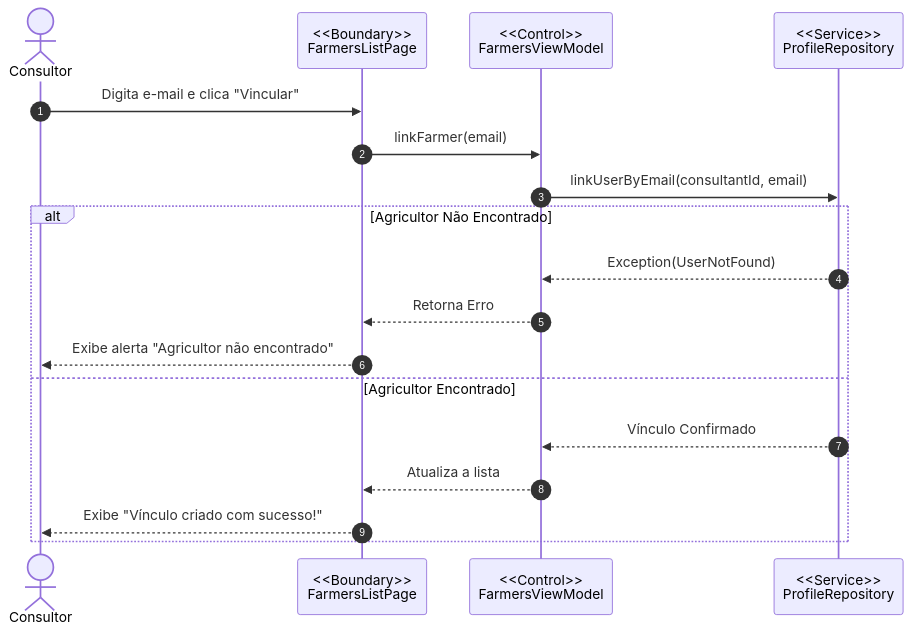
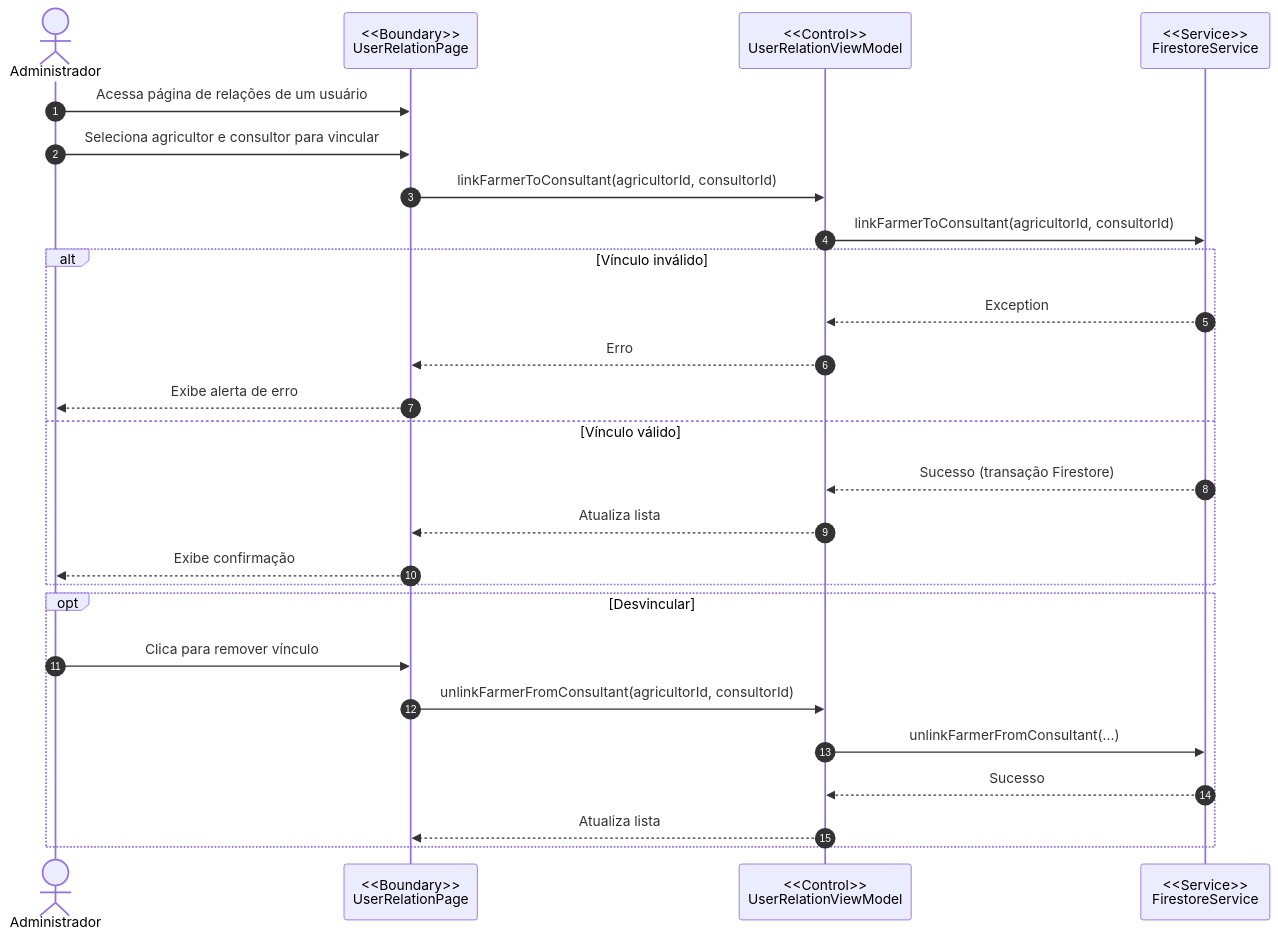
One commit to leandromesq/anasoil changed the fifth of 7 diagrams in docs/documentacao_anasoil.md. Above: the diagram before and after it, drawn with Mermaid. The commit also changed other lines of this file and 1 other file, not shown here.

Commit message:
Revise docs architecture and delete CI workflow

````diff
--- a/docs/documentacao_anasoil.md
+++ b/docs/documentacao_anasoil.md
@@ -210,22 +480,32 @@
 ```mermaid
 sequenceDiagram
     autonumber
-    actor C as Consultor
-    participant UI as <<Boundary>><br>FarmersListPage
-    participant VM as <<Control>><br>FarmersViewModel
-    participant Repo as <<Service>><br>ProfileRepository
+    actor Ad as Administrador
+    participant UI as <<Boundary>><br>UserRelationPage
+    participant VM as <<Control>><br>UserRelationViewModel
+    participant FS as <<Service>><br>FirestoreService
 
-    C->>UI: Digita e-mail e clica "Vincular"
-    UI->>VM: linkFarmer(email)
-    VM->>Repo: linkUserByEmail(consultantId, email)
+    Ad->>UI: Acessa página de relações de um usuário
+
+    Ad->>UI: Seleciona agricultor e consultor para vincular
+    UI->>VM: linkFarmerToConsultant(agricultorId, consultorId)
+    VM->>FS: linkFarmerToConsultant(agricultorId, consultorId)
     
-    alt Agricultor Não Encontrado
-        Repo-->>VM: Exception(UserNotFound)
-        VM-->>UI: Retorna Erro
-        UI-->>C: Exibe alerta "Agricultor não encontrado"
-    else Agricultor Encontrado
-        Repo-->>VM: Vínculo Confirmado
-        VM-->>UI: Atualiza a lista
-        UI-->>C: Exibe "Vínculo criado com sucesso!"
+    alt Vínculo inválido
+        FS-->>VM: Exception
+        VM-->>UI: Erro
+        UI-->>Ad: Exibe alerta de erro
+    else Vínculo válido
+        FS-->>VM: Sucesso (transação Firestore)
+        VM-->>UI: Atualiza lista
+        UI-->>Ad: Exibe confirmação
+    end
+
+    opt Desvincular
+        Ad->>UI: Clica para remover vínculo
+        UI->>VM: unlinkFarmerFromConsultant(agricultorId, consultorId)
+        VM->>FS: unlinkFarmerFromConsultant(...)
+        FS-->>VM: Sucesso
+        VM-->>UI: Atualiza lista
     end
 ```
````
